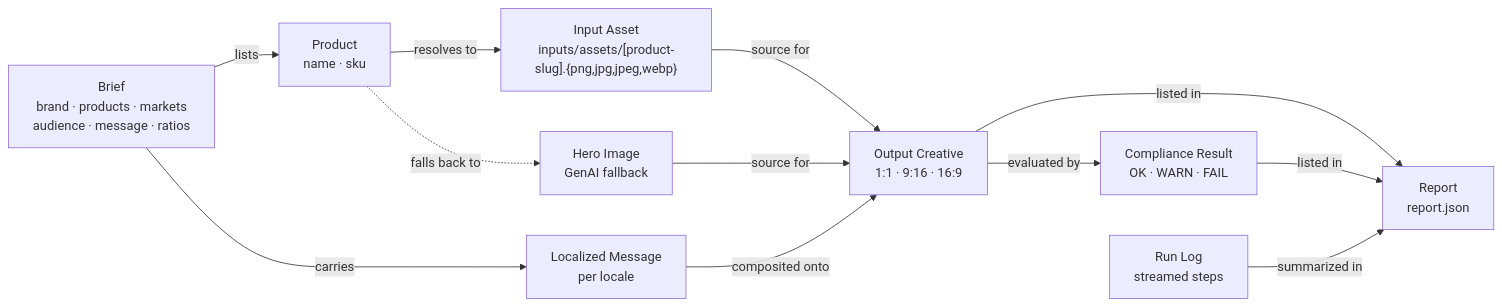
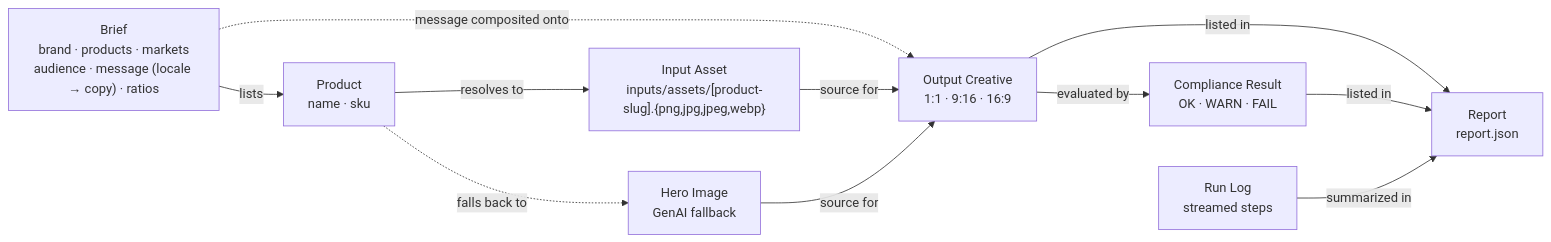
The first of 5 diagrams in docs/system-map.md (arndvs/cast), drawn with Mermaid before and after one commit.

Commit message:
docs(system-map): collapse Localized Message node into Brief in entity diagram
Aligns system-map §1 entity diagram with attributes-screen-requirements.md
Step 4, where 'message' is a field on Brief rather than a separate entity.
Drops the standalone Message node and the carries/composited-onto edges;
adds 'message (locale -> copy)' to the Brief node label and a dashed
Brief -.-> Creative edge for the compositor handoff.

````diff
--- a/docs/system-map.md
+++ b/docs/system-map.md
@@ -13,24 +13,22 @@
 ```mermaid
 graph LR
-    Brief["Brief<br/>brand · products · markets<br/>audience · message · ratios"]
+    Brief["Brief<br/>brand · products · markets<br/>audience · message (locale → copy) · ratios"]
     Product["Product<br/>name · sku"]
     InputAsset["Input Asset<br/>inputs/assets/[product-slug].{png,jpg,jpeg,webp}"]
     HeroImage["Hero Image<br/>GenAI fallback"]
     Creative["Output Creative<br/>1:1 · 9:16 · 16:9"]
-    Message["Localized Message<br/>per locale"]
     Compliance["Compliance Result<br/>OK · WARN · FAIL"]
     RunLog["Run Log<br/>streamed steps"]
     Report["Report<br/>report.json"]
 
     Brief -->|lists| Product
-    Brief -->|carries| Message
+    Brief -.->|message composited onto| Creative
     Product -->|resolves to| InputAsset
     Product -.->|falls back to| HeroImage
     InputAsset -->|source for| Creative
     HeroImage -->|source for| Creative
-    Message -->|composited onto| Creative
     Creative -->|evaluated by| Compliance
     Creative -->|listed in| Report
     Compliance -->|listed in| Report
     RunLog -->|summarized in| Report
 ```
````
